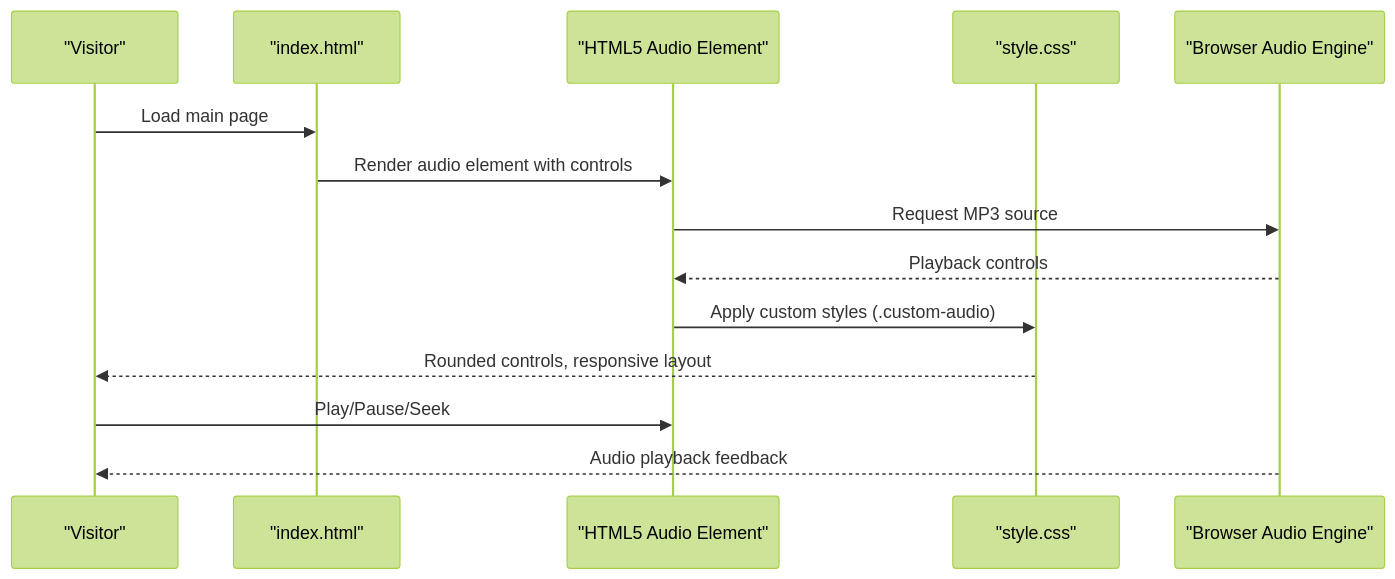
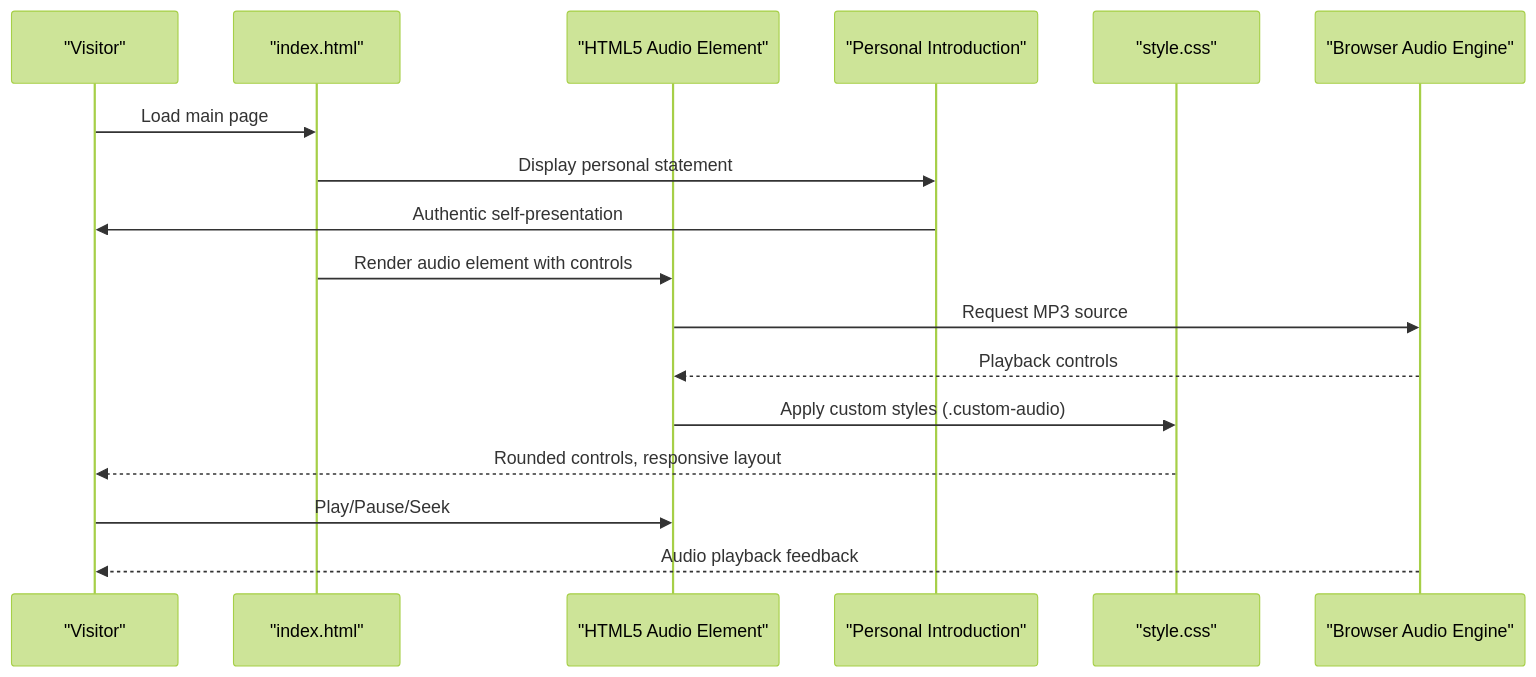
The third of 7 diagrams in .qoder/repowiki/en/content/Core Features/Audio Pronunciation System.md (lynchip/graduates), drawn with Mermaid (forest theme) before and after one commit. The commit also changed other lines of this file and 12 other files, not shown here.

````diff
--- a/.qoder/repowiki/en/content/Core Features/Audio Pronunciation System.md
+++ b/.qoder/repowiki/en/content/Core Features/Audio Pronunciation System.md
@@ -125,16 +159,19 @@
 ```mermaid
 sequenceDiagram
 participant User as "Visitor"
 participant Page as "index.html"
 participant Audio as "HTML5 Audio Element"
+participant Intro as "Personal Introduction"
 participant CSS as "style.css"
 participant Browser as "Browser Audio Engine"
 User->>Page : Load main page
+Page->>Intro : Display personal statement
+Intro->>User : Authentic self-presentation
 Page->>Audio : Render audio element with controls
 Audio->>Browser : Request MP3 source
 Browser-->>Audio : Playback controls
 Audio->>CSS : Apply custom styles (.custom-audio)
 CSS-->>User : Rounded controls, responsive layout
 User->>Audio : Play/Pause/Seek
 Browser-->>User : Audio playback feedback
 ```
````
